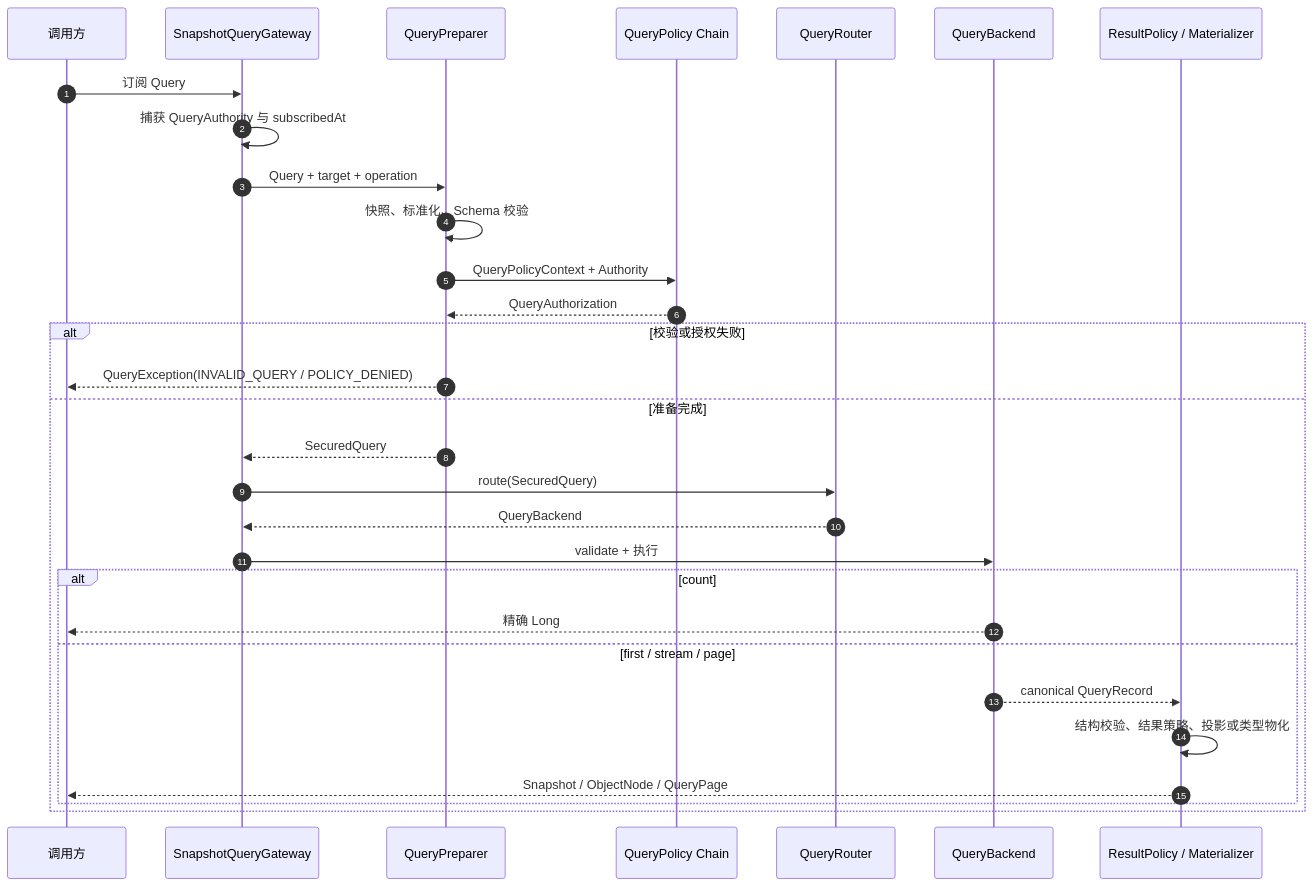
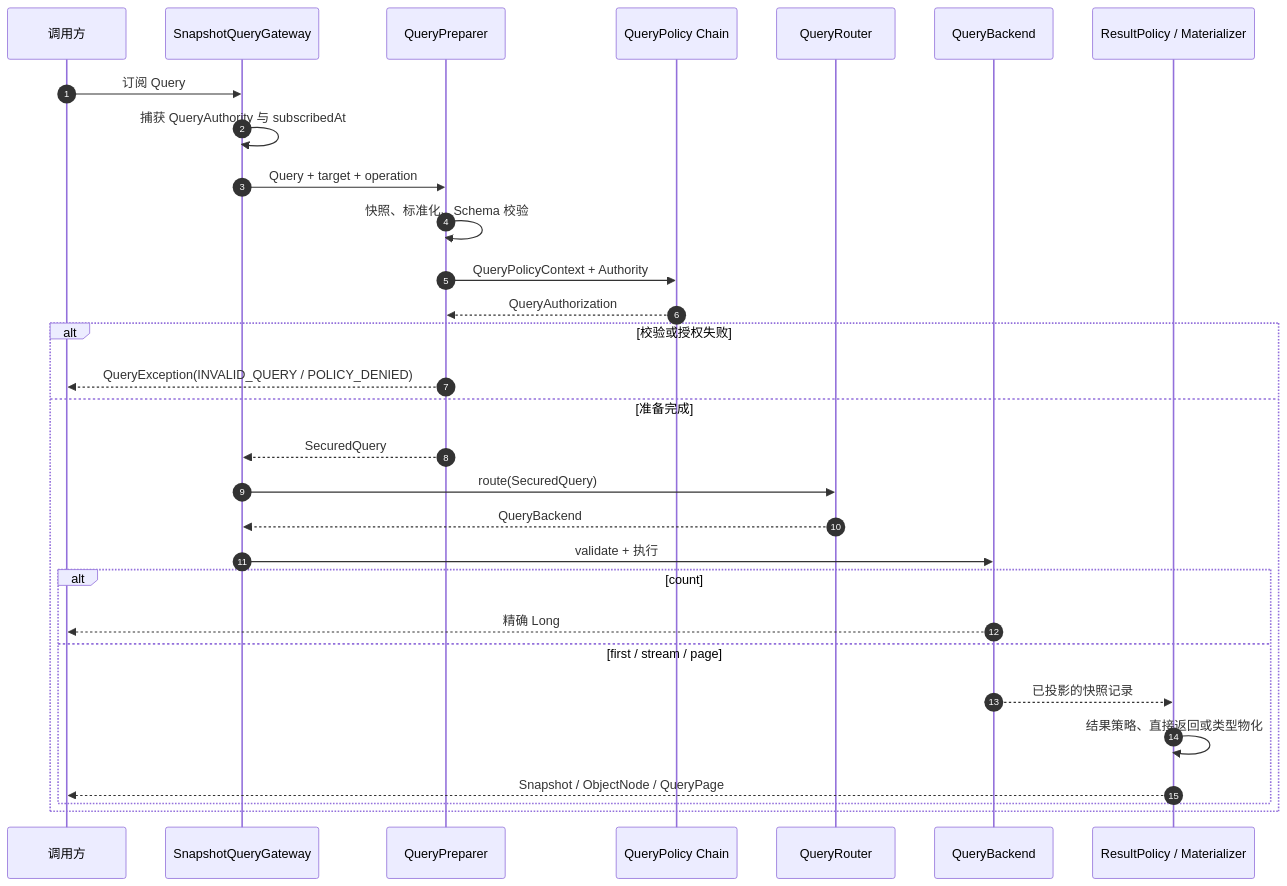
One commit to Ahoo-Wang/Wow changed the second of 2 diagrams in documentation/docs/zh/guide/snapshot-query-gateway.md. Above: the diagram before and after it, drawn with Mermaid. The commit also changed other lines of this file and 18 other files, not shown here.

````diff
--- a/documentation/docs/zh/guide/snapshot-query-gateway.md
+++ b/documentation/docs/zh/guide/snapshot-query-gateway.md
@@ -526,33 +524,33 @@
 ```mermaid
 sequenceDiagram
     autonumber
     participant Caller as 调用方
     participant Gateway as SnapshotQueryGateway
     participant Prepare as QueryPreparer
     participant Policy as QueryPolicy Chain
     participant Router as QueryRouter
     participant Backend as QueryBackend
     participant Result as ResultPolicy / Materializer
 
     Caller->>Gateway: 订阅 Query
     Gateway->>Gateway: 捕获 QueryAuthority 与 subscribedAt
     Gateway->>Prepare: Query + target + operation
     Prepare->>Prepare: 快照、标准化、Schema 校验
     Prepare->>Policy: QueryPolicyContext + Authority
     Policy-->>Prepare: QueryAuthorization
     alt 校验或授权失败
         Prepare-->>Caller: QueryException(INVALID_QUERY / POLICY_DENIED)
     else 准备完成
         Prepare-->>Gateway: SecuredQuery
         Gateway->>Router: route(SecuredQuery)
         Router-->>Gateway: QueryBackend
         Gateway->>Backend: validate + 执行
         alt count
             Backend-->>Caller: 精确 Long
         else first / stream / page
-            Backend-->>Result: canonical QueryRecord
-            Result->>Result: 结构校验、结果策略、投影或类型物化
+            Backend-->>Result: 已投影的快照记录
+            Result->>Result: 结果策略、直接返回或类型物化
             Result-->>Caller: Snapshot / ObjectNode / QueryPage
         end
     end
 ```
````
